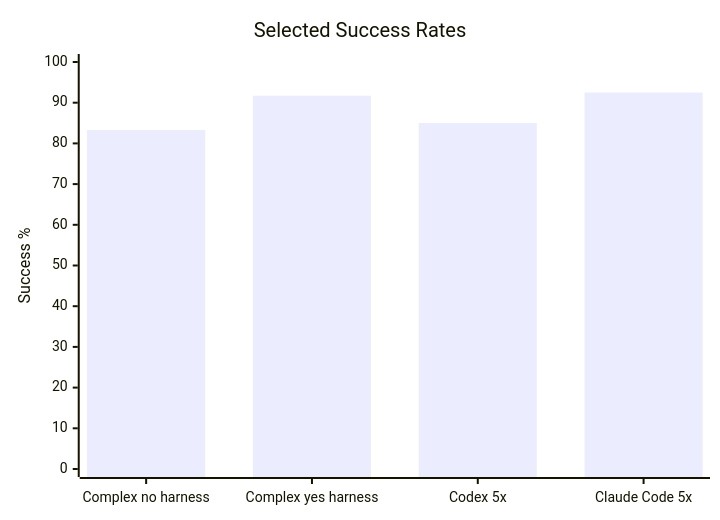
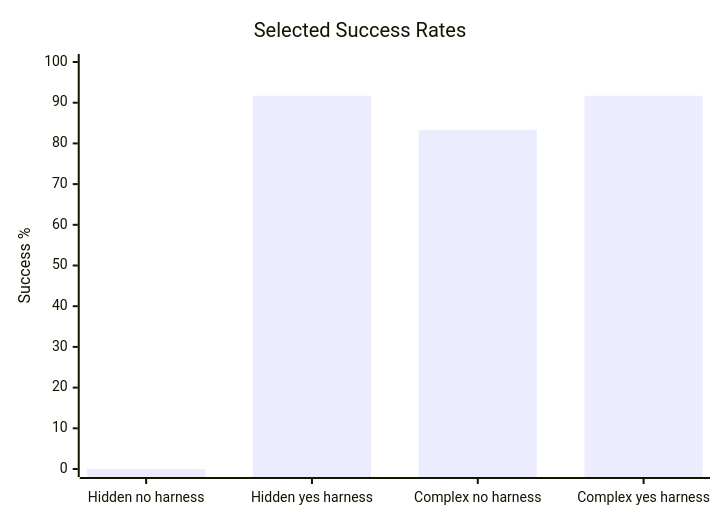
The diagram in README.md (harnessworks/harness-agent-benchmark-runner), drawn with Mermaid before and after one commit. The commit also changed other lines of this file and 14 other files, not shown here.

Commit message:
Document hidden oracle harness A/B results

````diff
--- a/README.md
+++ b/README.md
@@ -68,7 +71,7 @@
 ```mermaid
 xychart-beta
     title "Selected Success Rates"
-    x-axis ["Complex no harness", "Complex yes harness", "Codex 5x", "Claude Code 5x"]
+    x-axis ["Hidden no harness", "Hidden yes harness", "Complex no harness", "Complex yes harness"]
     y-axis "Success %" 0 --> 100
-    bar [83.3, 91.7, 85, 92.5]
+    bar [0, 91.7, 83.3, 91.7]
 ```
````
